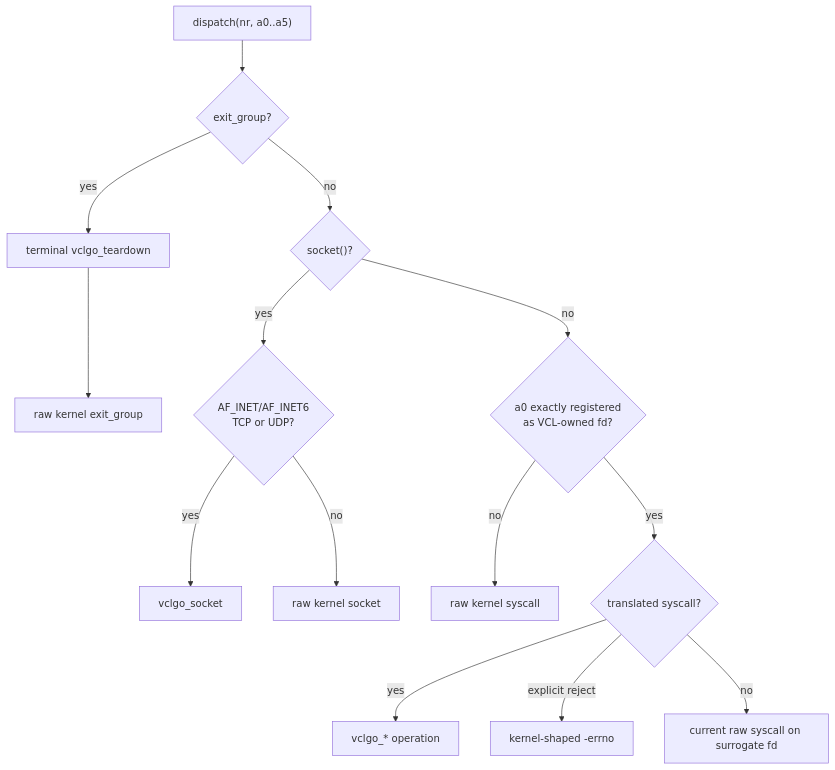
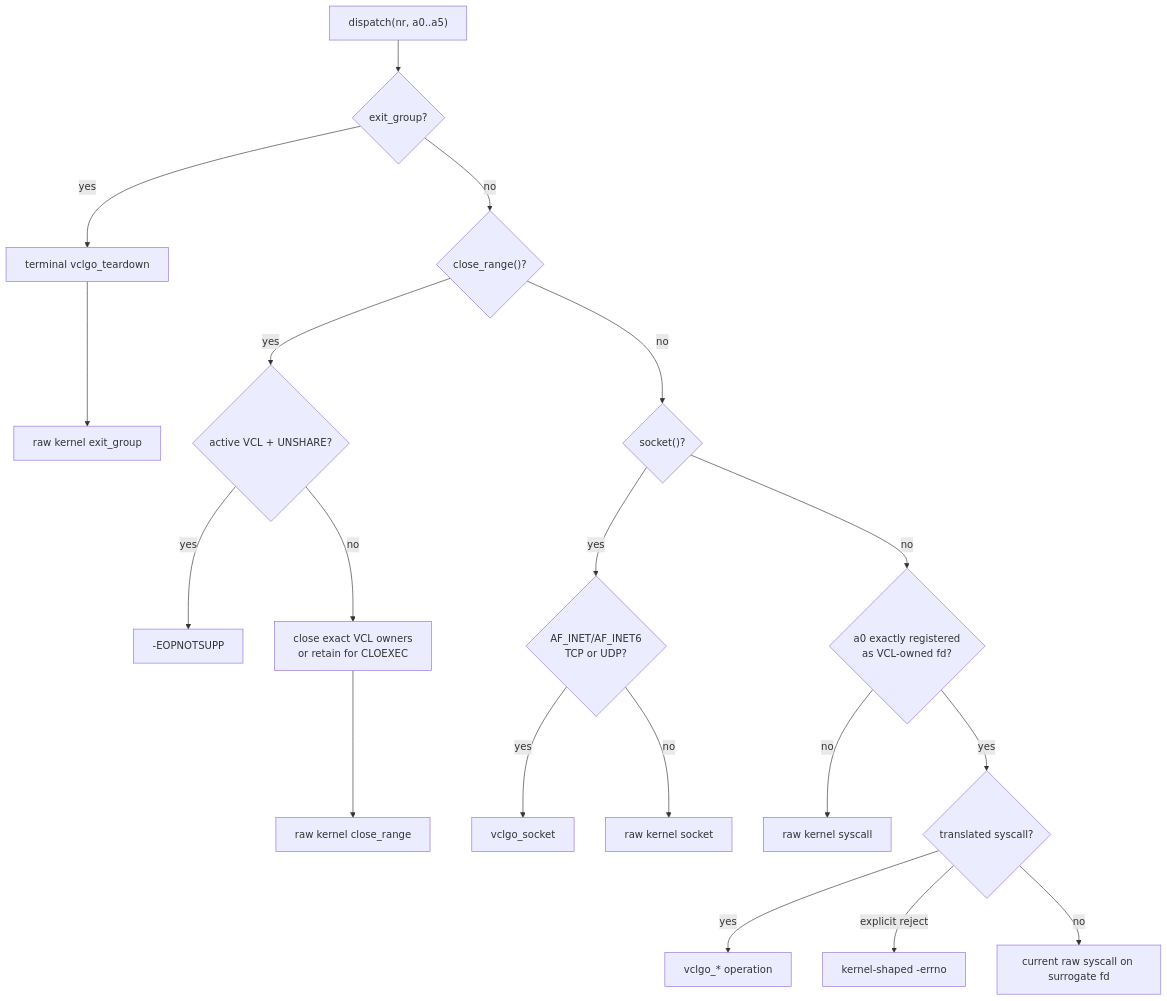
One commit to aritrbas/vclgo changed the third of 5 diagrams in docs/architecture.md. Above: the diagram before and after it, drawn with Mermaid. The commit also changed other lines of this file and 12 other files, not shown here.

```diff
--- a/docs/architecture.md
+++ b/docs/architecture.md
@@ -146,15 +148,19 @@
 ~~~mermaid
 flowchart TD
     E["dispatch(nr, a0..a5)"] --> X{"exit_group?"}
     X -- yes --> TD["terminal vclgo_teardown"] --> RK["raw kernel exit_group"]
-    X -- no --> S{"socket()?"}
+    X -- no --> CR{"close_range()?"}
+    CR -- yes --> CU{"active VCL + UNSHARE?"}
+    CU -- yes --> CER["-EOPNOTSUPP"]
+    CU -- no --> CP["close exact VCL owners<br/>or retain for CLOEXEC"] --> RCR["raw kernel close_range"]
+    CR -- no --> S{"socket()?"}
     S -- yes --> F{"AF_INET/AF_INET6<br/>TCP or UDP?"}
     F -- yes --> VS["vclgo_socket"]
     F -- no --> RS["raw kernel socket"]
     S -- no --> O{"a0 exactly registered<br/>as VCL-owned fd?"}
     O -- no --> R["raw kernel syscall"]
     O -- yes --> K{"translated syscall?"}
     K -- yes --> V["vclgo_* operation"]
     K -- explicit reject --> ER["kernel-shaped -errno"]
     K -- no --> U["current raw syscall on surrogate fd"]
 ~~~
```
